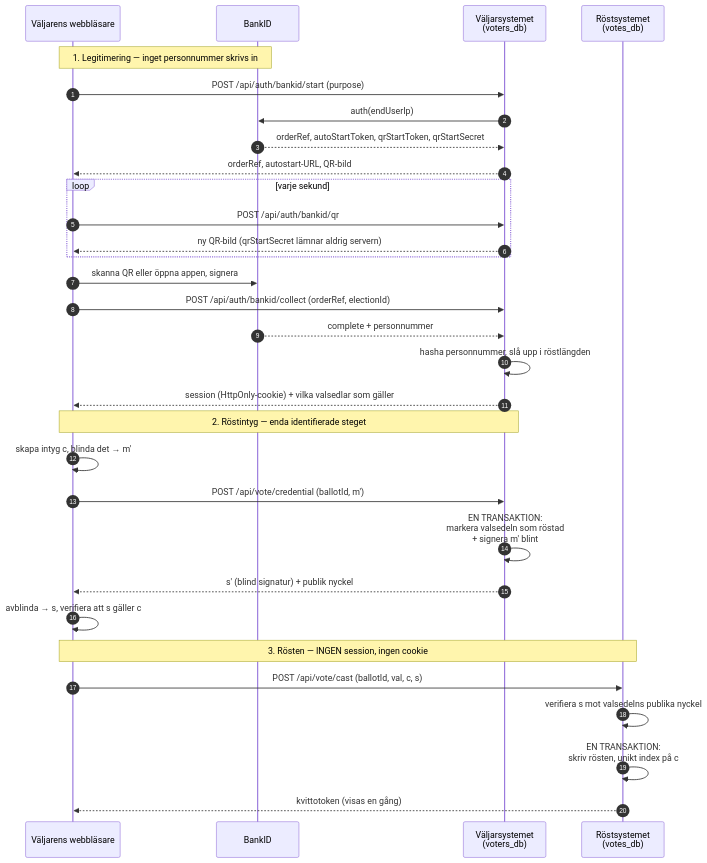
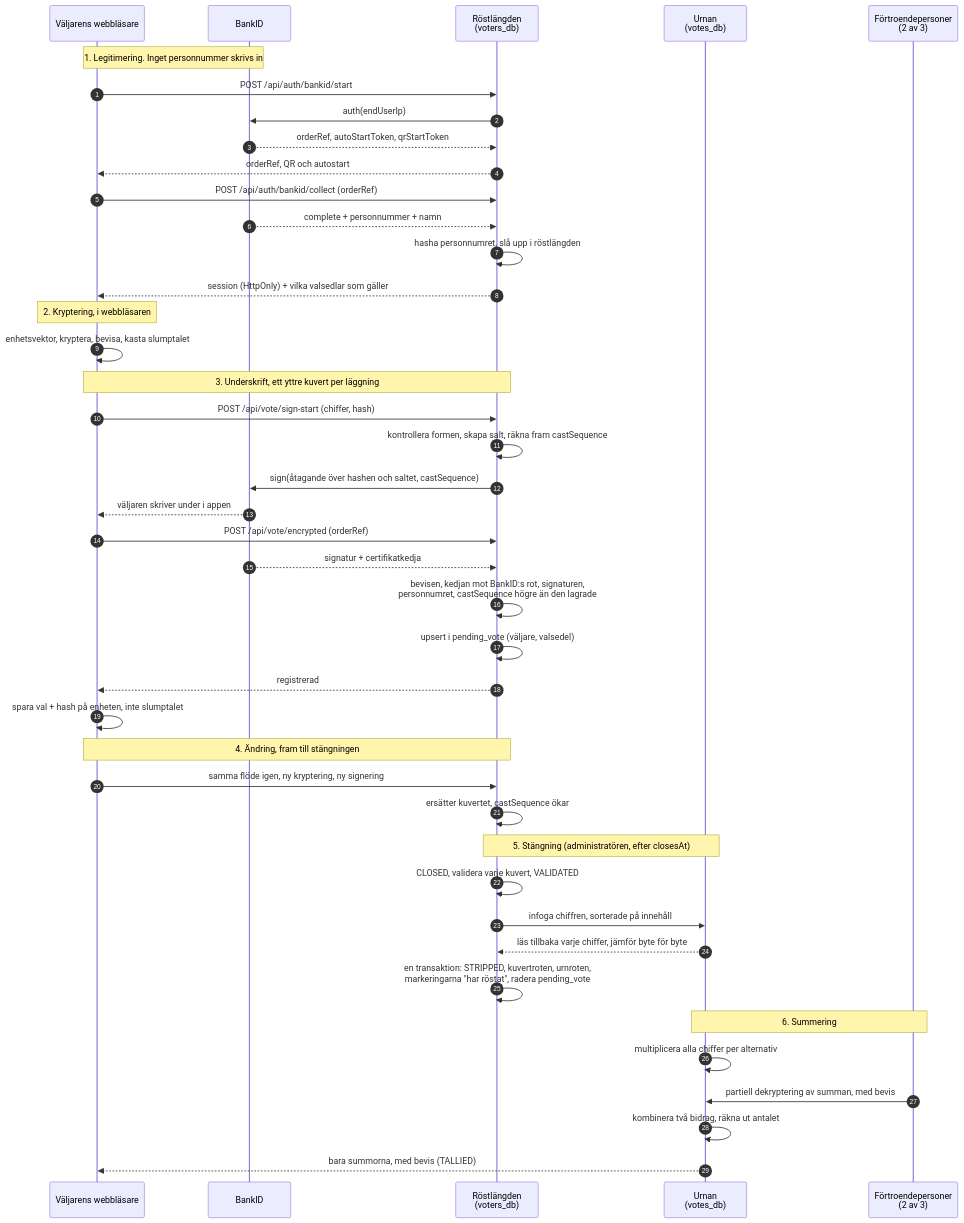
The diagram in ARCHITECTURE.md (Lonestarrk/election-system), drawn with Mermaid before and after one commit. The commit also changed other lines of this file and 14 other files, not shown here.

First line of the commit message:
Dokumentationen beskriver dubbla kuvert, och de uppskjutna textpunkterna rättade

````diff
--- a/ARCHITECTURE.md
+++ b/ARCHITECTURE.md
@@ -198,38 +204,50 @@
 ```mermaid
 sequenceDiagram
     autonumber
     participant W as Väljarens webbläsare
     participant B as BankID
-    participant E as Väljarsystemet<br/>(voters_db)
-    participant A as Röstsystemet<br/>(votes_db)
+    participant E as Röstlängden<br/>(voters_db)
+    participant A as Urnan<br/>(votes_db)
+    participant T as Förtroendepersoner<br/>(2 av 3)
 
-    Note over W,B: 1. Legitimering — inget personnummer skrivs in
-    W->>E: POST /api/auth/bankid/start (purpose)
+    Note over W,B: 1. Legitimering. Inget personnummer skrivs in
+    W->>E: POST /api/auth/bankid/start
     E->>B: auth(endUserIp)
-    B-->>E: orderRef, autoStartToken, qrStartToken, qrStartSecret
-    E-->>W: orderRef, autostart-URL, QR-bild
+    B-->>E: orderRef, autoStartToken, qrStartToken
+    E-->>W: orderRef, QR och autostart
+    W->>E: POST /api/auth/bankid/collect (orderRef)
+    B-->>E: complete + personnummer + namn
+    E->>E: hasha personnumret, slå upp i röstlängden
+    E-->>W: session (HttpOnly) + vilka valsedlar som gäller
 
-    loop varje sekund
-        W->>E: POST /api/auth/bankid/qr
-        E-->>W: ny QR-bild (qrStartSecret lämnar aldrig servern)
-    end
+    Note over W: 2. Kryptering, i webbläsaren
+    W->>W: enhetsvektor, kryptera, bevisa, kasta slumptalet
 
-    W->>B: skanna QR eller öppna appen, signera
-    W->>E: POST /api/auth/bankid/collect (orderRef, electionId)
-    B-->>E: complete + personnummer
-    E->>E: hasha personnummer, slå upp i röstlängden
-    E-->>W: session (HttpOnly-cookie) + vilka valsedlar som gäller
+    Note over W,E: 3. Underskrift, ett yttre kuvert per läggning
+    W->>E: POST /api/vote/sign-start (chiffer, hash)
+    E->>E: kontrollera formen, skapa salt, räkna fram castSequence
+    E->>B: sign(åtagande över hashen och saltet, castSequence)
+    B-->>W: väljaren skriver under i appen
+    W->>E: POST /api/vote/encrypted (orderRef)
+    B-->>E: signatur + certifikatkedja
+    E->>E: bevisen, kedjan mot BankID:s rot, signaturen,<br/>personnumret, castSequence högre än den lagrade
+    E->>E: upsert i pending_vote (väljare, valsedel)
+    E-->>W: registrerad
+    W->>W: spara val + hash på enheten, inte slumptalet
 
-    Note over W,E: 2. Röstintyg — enda identifierade steget
-    W->>W: skapa intyg c, blinda det → m'
-    W->>E: POST /api/vote/credential (ballotId, m')
-    E->>E: EN TRANSAKTION:<br/>markera valsedeln som röstad<br/>+ signera m' blint
-    E-->>W: s' (blind signatur) + publik nyckel
-    W->>W: avblinda → s, verifiera att s gäller c
+    Note over W,E: 4. Ändring, fram till stängningen
+    W->>E: samma flöde igen, ny kryptering, ny signering
+    E->>E: ersätter kuvertet, castSequence ökar
 
-    Note over W,A: 3. Rösten — INGEN session, ingen cookie
-    W->>A: POST /api/vote/cast (ballotId, val, c, s)
-    A->>A: verifiera s mot valsedelns publika nyckel
-    A->>A: EN TRANSAKTION:<br/>skriv rösten, unikt index på c
-    A-->>W: kvittotoken (visas en gång)
+    Note over E,A: 5. Stängning (administratören, efter closesAt)
+    E->>E: CLOSED, validera varje kuvert, VALIDATED
+    E->>A: infoga chiffren, sorterade på innehåll
+    A-->>E: läs tillbaka varje chiffer, jämför byte för byte
+    E->>E: en transaktion: STRIPPED, kuvertroten, urnroten,<br/>markeringarna "har röstat", radera pending_vote
+
+    Note over A,T: 6. Summering
+    A->>A: multiplicera alla chiffer per alternativ
+    T->>A: partiell dekryptering av summan, med bevis
+    A->>A: kombinera två bidrag, räkna ut antalet
+    A-->>W: bara summorna, med bevis (TALLIED)
 ```
````
